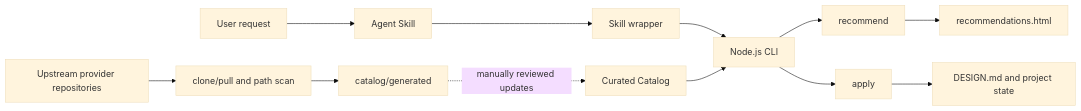
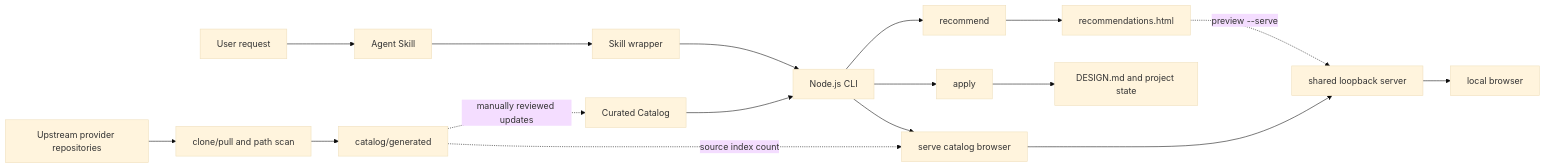
The diagram in docs/IMPLEMENTATION.md (coconilu/ai-ui-style-director), drawn with Mermaid (base theme) before and after one commit. The commit also changed other lines of this file and 18 other files, not shown here.

Commit message:
feat: add searchable style catalog server (#11)

````diff
--- a/docs/IMPLEMENTATION.md
+++ b/docs/IMPLEMENTATION.md
@@ -13,14 +13,19 @@
 ```mermaid
 flowchart LR
   U[User request] --> S[Agent Skill]
   S --> W[Skill wrapper]
   W --> C[Node.js CLI]
   K[Curated Catalog] --> C
   C --> R[recommend]
+  C --> B[serve catalog browser]
   C --> A[apply]
   R --> H[recommendations.html]
+  H -. preview --serve .-> L[shared loopback server]
+  B --> L
+  L --> V[local browser]
   A --> D[DESIGN.md and project state]
   P[Upstream provider repositories] --> G[clone/pull and path scan]
   G --> I[catalog/generated]
+  I -. source index count .-> B
   I -. manually reviewed updates .-> K
 ```
````
